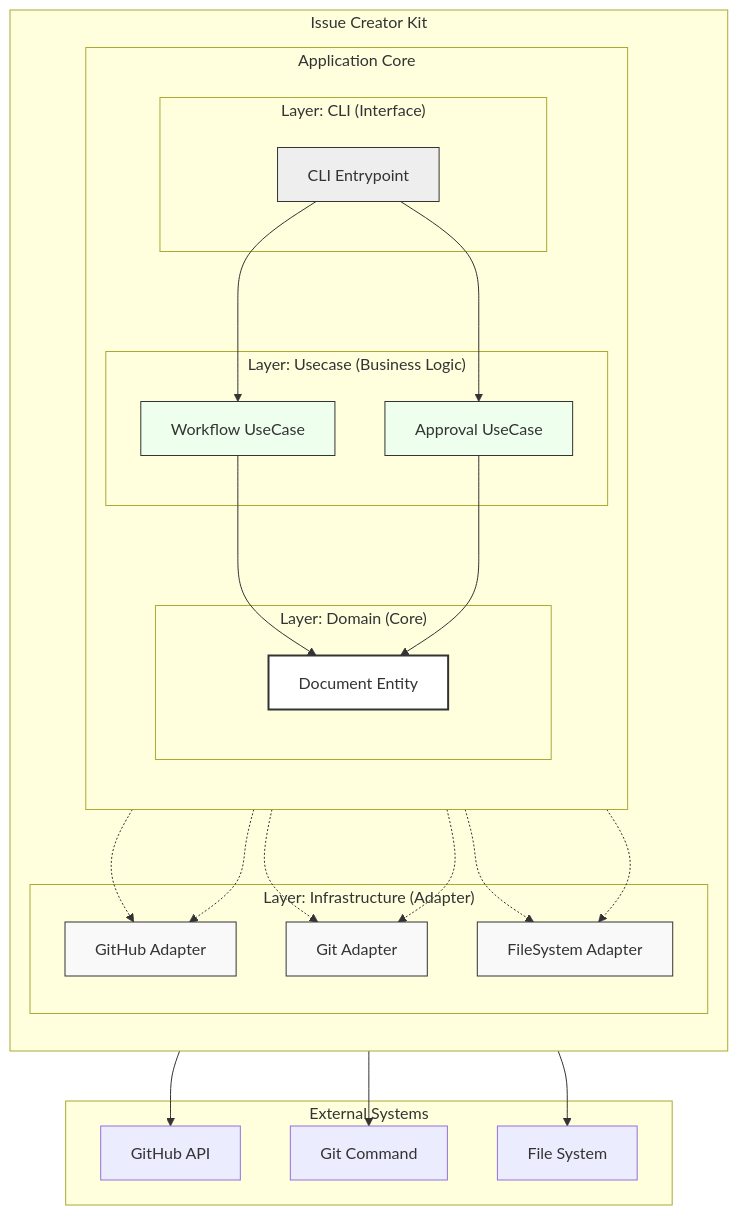
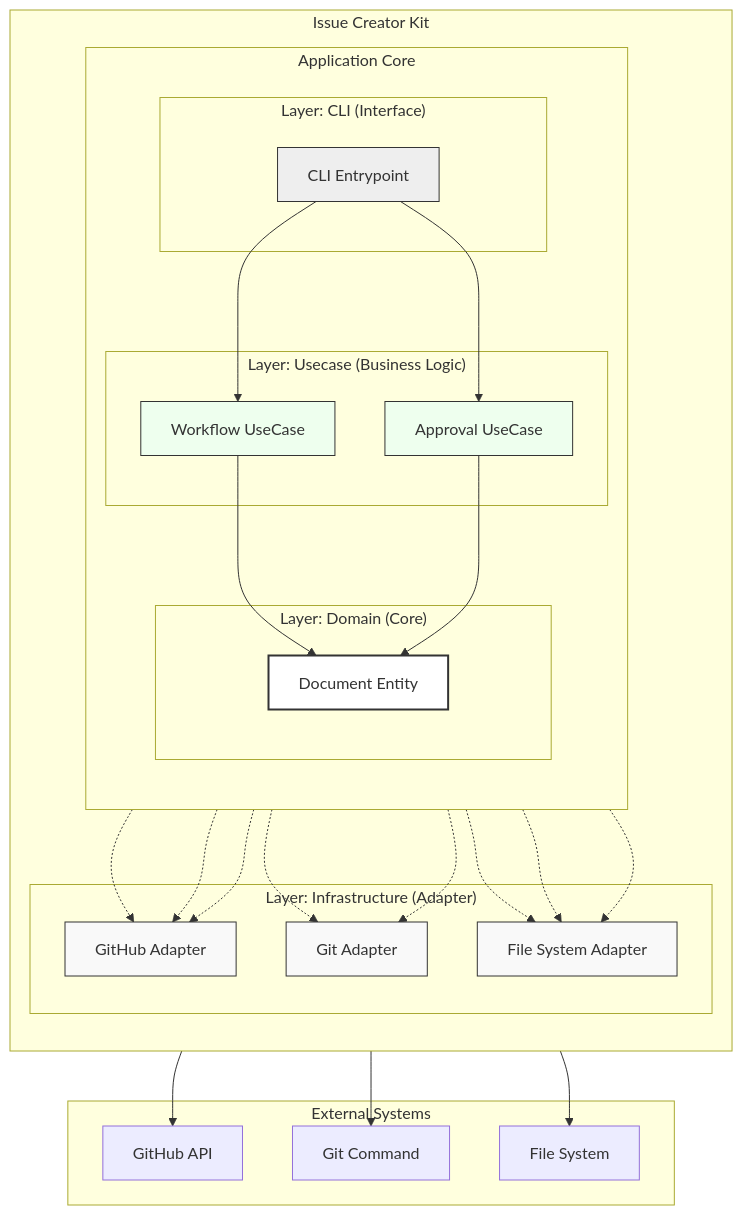
The diagram in docs/architecture/arch-structure-issue-kit.md (masa-codehub/issue_creator_kit), drawn with Mermaid before and after one commit. The commit also changed other lines of this file, not shown here.

````diff
--- a/docs/architecture/arch-structure-issue-kit.md
+++ b/docs/architecture/arch-structure-issue-kit.md
@@ -8,70 +8,72 @@
 ```mermaid
 graph TB
     %% Definitions
     subgraph "External Systems"
         GH[GitHub API]
         GIT[Git Command]
         FS[File System]
     end
 
     subgraph "Issue Creator Kit"
         direction TB
         
         subgraph "Application Core"
             direction TB
             subgraph "Layer: CLI (Interface)"
                 CLI[CLI Entrypoint]
             end
 
             subgraph "Layer: Usecase (Business Logic)"
                 UC_WF[Workflow UseCase]
                 UC_APP[Approval UseCase]
             end
 
             subgraph "Layer: Domain (Core)"
                 DOM_DOC[Document Entity]
             end
         end
 
         subgraph "Layer: Infrastructure (Adapter)"
             INF_GH[GitHub Adapter]
             INF_GIT[Git Adapter]
-            INF_FS[FileSystem Adapter]
+            INF_FS[File System Adapter]
         end
     end
 
     %% Dependencies (Solid: Source Code Dependency, Dotted: Runtime Flow/DI)
     CLI --> UC_WF
     CLI --> UC_APP
     
     %% Dependency Injection
     CLI -.-> INF_GH
     CLI -.-> INF_GIT
     CLI -.-> INF_FS
 
     %% UseCase dependencies
     UC_WF --> DOM_DOC
     UC_APP --> DOM_DOC
     
     %% Infrastructure Dependencies (Inversion of Control)
     %% Note: UseCase defines the interface, Infrastructure implements it.
     UC_WF -.-> INF_GH
     UC_WF -.-> INF_GIT
+    UC_WF -.-> INF_FS
+    UC_APP -.-> INF_GH
     UC_APP -.-> INF_FS
     
     %% Infra Implementation
     INF_GH --> GH
     INF_GIT --> GIT
     INF_FS --> FS
 
     %% Styling
     classDef cli fill:#eee,stroke:#333
     classDef usecase fill:#efe,stroke:#333
     classDef domain fill:#fff,stroke:#333,stroke-width:2px
     classDef infra fill:#f9f9f9,stroke:#333
 
     class CLI cli
     class UC_WF,UC_APP usecase
     class DOM_DOC domain
     class INF_GH,INF_GIT,INF_FS infra
 ```
````
